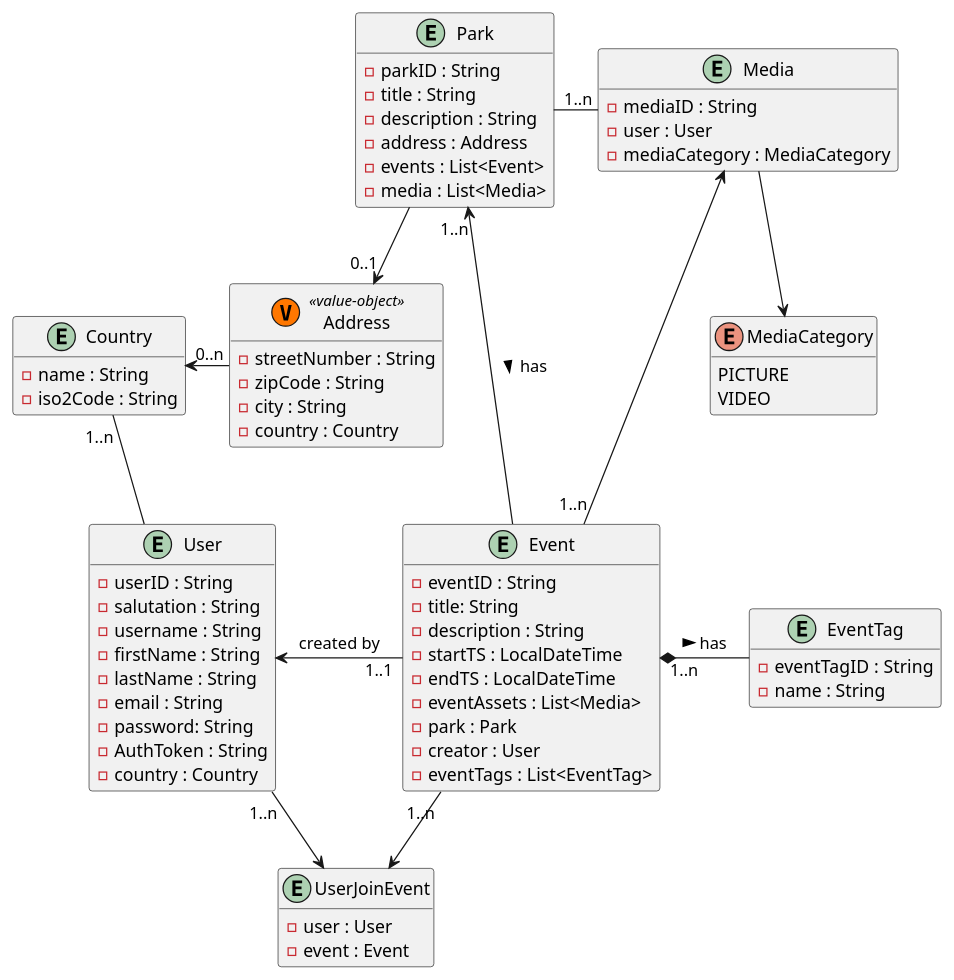
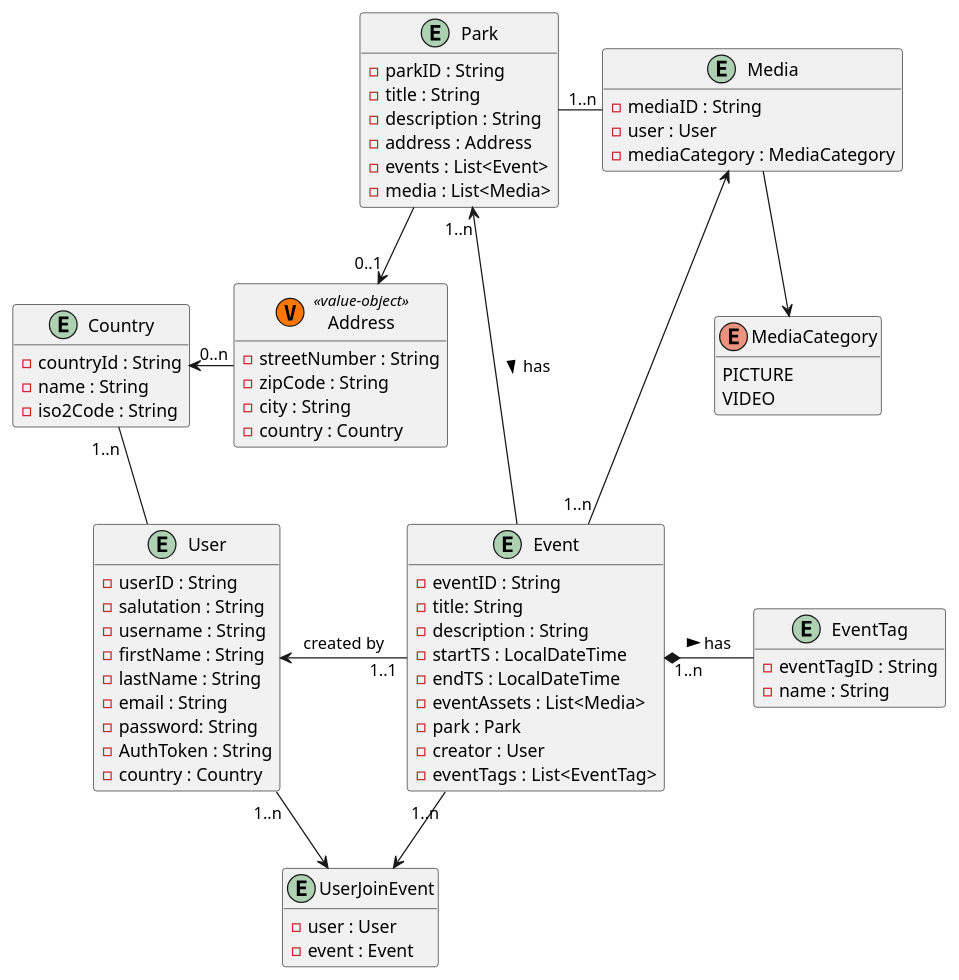
Before and after one commit to Lucaww23e013/ParkPal_Backend: the diagram in uml/domain.puml, drawn with PlantUML. The commit also changed 9 other files, not shown here.

```diff
--- a/uml/domain.puml
+++ b/uml/domain.puml
@@ -1,88 +1,89 @@
 @startuml
 'https://plantuml.com/class-diagram
 
 hide empty methods
 
 'entity Comment {}
 
 entity User {
     - userID : String
     - salutation : String
     - username : String
     - firstName : String
     - lastName : String
     - email : String
     - password: String
     - AuthToken : String
     - country : Country
     }
 
 entity UserJoinEvent {
     - user : User
     - event : Event
 
 }
 
 entity Event {
     - eventID : String
     - title: String
     - description : String
     - startTS : LocalDateTime
     - endTS : LocalDateTime
     - eventAssets : List<Media>
     - park : Park
     - creator : User
     - eventTags : List<EventTag>
 }
 
 entity EventTag {
     - eventTagID : String
     - name : String
 }
 
 entity Media {
     - mediaID : String
     - user : User
     - mediaCategory : MediaCategory
 }
 
 enum MediaCategory {
     PICTURE
     VIDEO
 }
 
 entity Park {
     - parkID : String
     - title : String
     - description : String
     - address : Address
     - events : List<Event>
     - media : List<Media>
 }
 
 class Address <<(V, #FF7700) value-object>> {
     - streetNumber : String
     - zipCode : String
     - city : String
     - country : Country
 }
 
 entity Country {
+    - countryId : String
     - name : String
     - iso2Code : String
 }
 
 User "1..n" --> UserJoinEvent
 Event "1..n" -->  UserJoinEvent
 Address "0..n" -> Country
 Media --> MediaCategory
 EventTag -left-* "1..n" Event : has <
 Event -up-> "1..n" Park : has <
 Media <-- "1..n" Event
 Event "1..1" -left-> User : created by
 Park "1..n" -right- Media
 Country "1..n" -- User
 Park --> "0..1" Address
 
 
 @enduml
```
